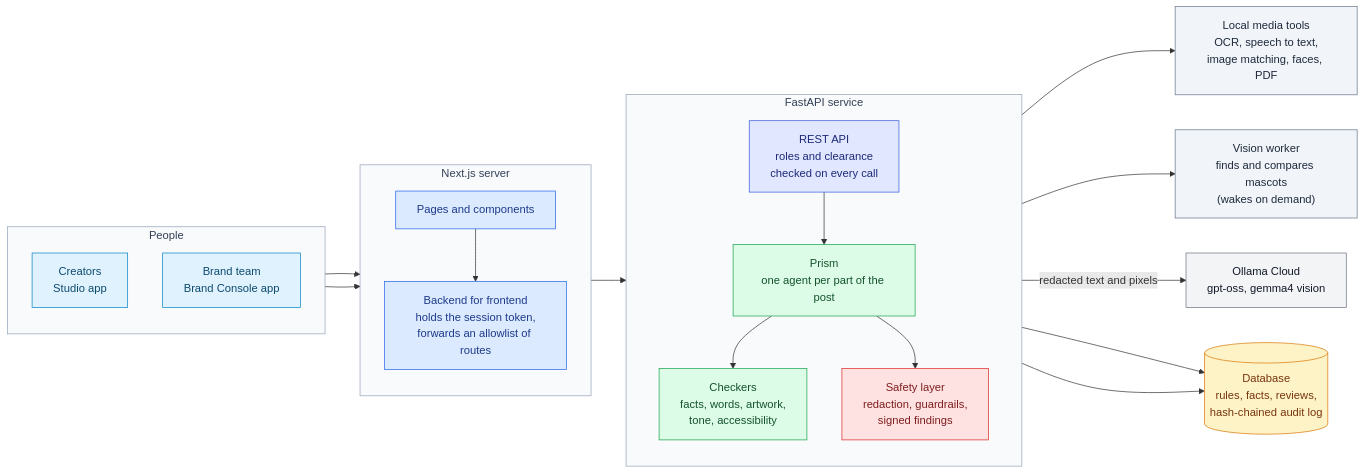
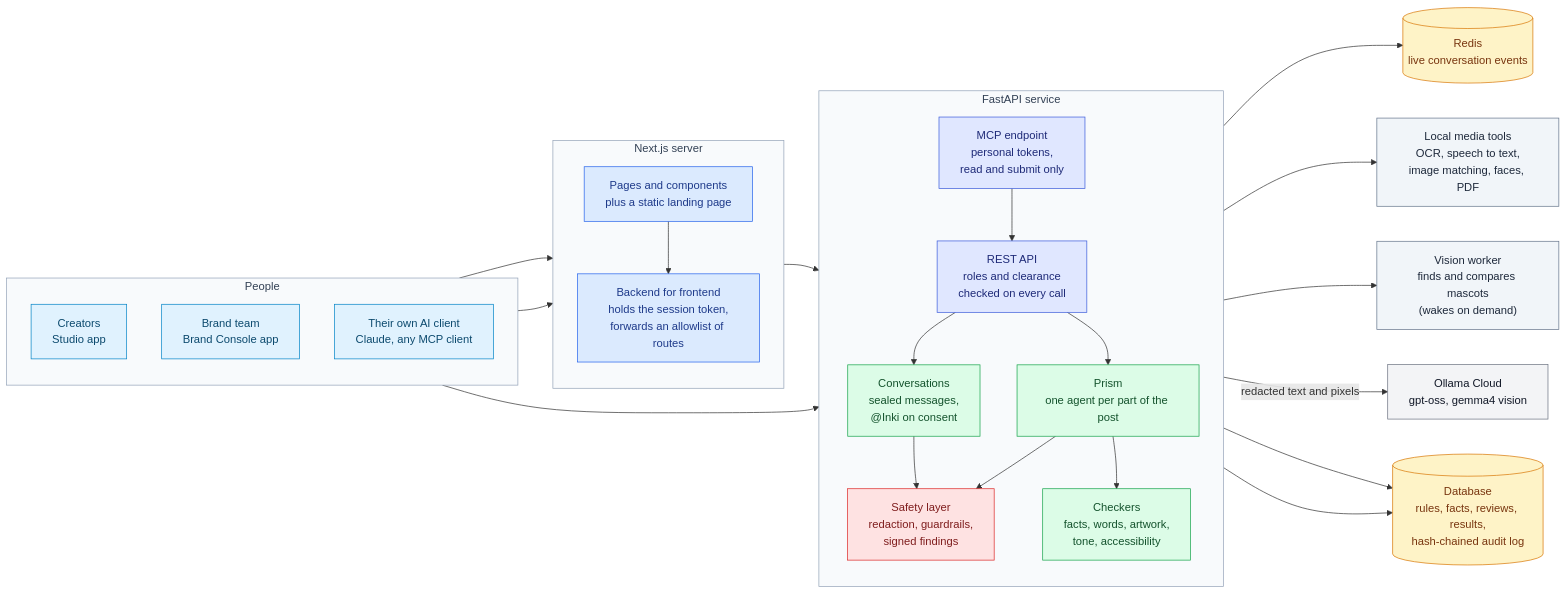
Before and after one commit to varadarajjborkar/verytas: the second of 3 diagrams in README.md, drawn with Mermaid. The commit also changed other lines of this file and 9 other files, not shown here.

First line of the commit message:
docs: screenshots and diagrams as the product is now

````diff
--- a/README.md
+++ b/README.md
@@ -87,46 +92,53 @@
 ```mermaid
 flowchart LR
     subgraph People
         direction TB
         CR["Creators<br/>Studio app"]:::client
         BT["Brand team<br/>Brand Console app"]:::client
+        AI["Their own AI client<br/>Claude, any MCP client"]:::client
     end
 
     subgraph Web["Next.js server"]
         direction TB
-        UI["Pages and components"]:::web
+        UI["Pages and components<br/>plus a static landing page"]:::web
         BFF["Backend for frontend<br/>holds the session token,<br/>forwards an allowlist of routes"]:::web
     end
 
     subgraph Backend["FastAPI service"]
         direction TB
         API["REST API<br/>roles and clearance<br/>checked on every call"]:::api
         PRISM["Prism<br/>one agent per part of the post"]:::core
         CHECKS["Checkers<br/>facts, words, artwork,<br/>tone, accessibility"]:::core
         GUARD["Safety layer<br/>redaction, guardrails,<br/>signed findings"]:::sec
+        CONV["Conversations<br/>sealed messages,<br/>@Inki on consent"]:::core
+        MCP["MCP endpoint<br/>personal tokens,<br/>read and submit only"]:::api
     end
 
     LOCAL["Local media tools<br/>OCR, speech to text,<br/>image matching, faces, PDF"]:::local
     VISION["Vision worker<br/>finds and compares mascots<br/>(wakes on demand)"]:::local
     MODELS["Ollama Cloud<br/>gpt-oss, gemma4 vision"]:::ext
-    DB[("Database<br/>rules, facts, reviews,<br/>hash-chained audit log")]:::data
+    DB[("Database<br/>rules, facts, reviews, results,<br/>hash-chained audit log")]:::data
+    REDIS[("Redis<br/>live conversation events")]:::data
 
     CR & BT --> UI --> BFF --> API --> PRISM
+    AI --> MCP --> API
+    API --> CONV --> REDIS
+    CONV --> GUARD
     PRISM --> CHECKS
     PRISM --> LOCAL
     PRISM --> VISION
     PRISM --> GUARD -- "redacted text and pixels" --> MODELS
     API & PRISM --> DB
 
     style People fill:#f8fafc,stroke:#94a3b8,color:#334155
     style Web fill:#f8fafc,stroke:#94a3b8,color:#334155
     style Backend fill:#f8fafc,stroke:#94a3b8,color:#334155
     classDef client fill:#e0f2fe,stroke:#0284c7,color:#0c4a6e
     classDef web fill:#dbeafe,stroke:#2563eb,color:#1e3a8a
     classDef api fill:#e0e7ff,stroke:#3b5bdb,color:#1e2a78
     classDef core fill:#dcfce7,stroke:#16a34a,color:#14532d
     classDef sec fill:#fee2e2,stroke:#dc2626,color:#7f1d1d
     classDef local fill:#f1f5f9,stroke:#64748b,color:#1e293b
     classDef ext fill:#f3f4f6,stroke:#6b7280,color:#111827
     classDef data fill:#fef3c7,stroke:#d97706,color:#78350f
 ```
````
